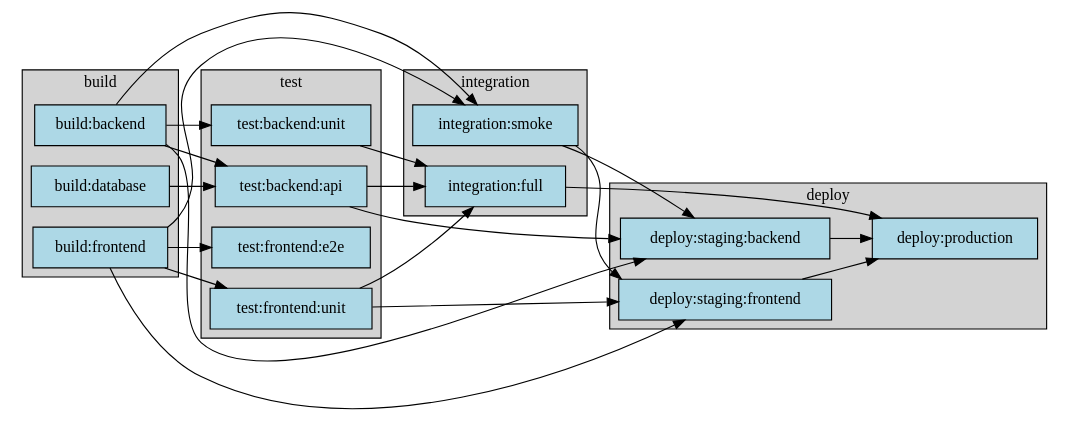
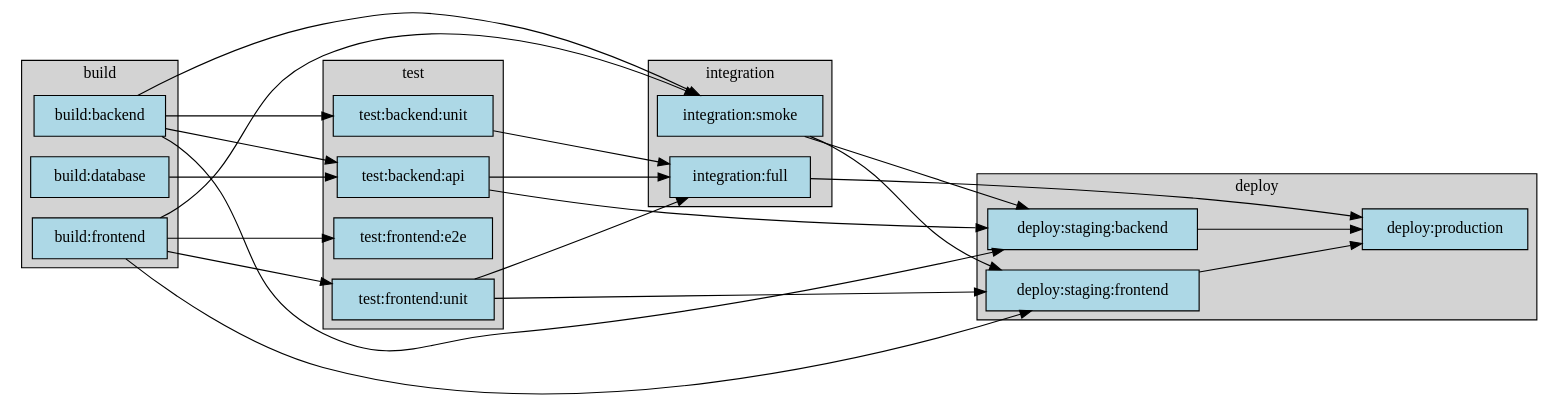
One commit to eisbaw/gitlab_local_ci changed the diagram in test_ci_projects/proj4.output_reference/dag.dot. Above: the diagram before and after it, drawn with Graphviz. The commit also changed 58 other files, not shown here.

```diff
--- a/test_ci_projects/proj4.output_reference/dag.dot
+++ b/test_ci_projects/proj4.output_reference/dag.dot
@@ -1,64 +1,65 @@
 digraph pipeline {
   rankdir="LR";
+  ranksep=2;
   node [shape=box, style=filled, fillcolor=lightblue];
 
   subgraph cluster_build {
     label="build";
     style=filled;
     fillcolor=lightgrey;
 
-    build_frontend [label="build:frontend"];
-    build_backend [label="build:backend"];
-    build_database [label="build:database"];
+    build_frontend [label="build:frontend", tooltip="---\nstage: build\nscript:\n- echo \"Building frontend...\"\n- sleep 2\n- echo \"Frontend build complete\"\nartifacts:\n  paths:\n  - dist/frontend/\n  expire_in: 1 hour\n"];
+    build_backend [label="build:backend", tooltip="---\nstage: build\nscript:\n- echo \"Building backend...\"\n- sleep 2\n- echo \"Backend build complete\"\nartifacts:\n  paths:\n  - dist/backend/\n  expire_in: 1 hour\n"];
+    build_database [label="build:database", tooltip="---\nstage: build\nscript:\n- echo \"Building database migrations...\"\n- sleep 1\n- echo \"Database migrations ready\"\nartifacts:\n  paths:\n  - dist/migrations/\n  expire_in: 1 hour\n"];
   }
 
   subgraph cluster_test {
     label="test";
     style=filled;
     fillcolor=lightgrey;
 
-    test_frontend_unit [label="test:frontend:unit"];
-    test_frontend_e2e [label="test:frontend:e2e"];
-    test_backend_unit [label="test:backend:unit"];
-    test_backend_api [label="test:backend:api"];
+    test_frontend_unit [label="test:frontend:unit", tooltip="---\nstage: test\nneeds:\n- build:frontend\nscript:\n- echo \"Running frontend unit tests...\"\n- sleep 2\n- echo \"Frontend tests passed\"\n"];
+    test_frontend_e2e [label="test:frontend:e2e", tooltip="---\nstage: test\nneeds:\n- build:frontend\nscript:\n- echo \"Running frontend E2E tests...\"\n- sleep 3\n- echo \"Frontend E2E tests passed\"\n"];
+    test_backend_unit [label="test:backend:unit", tooltip="---\nstage: test\nneeds:\n- build:backend\nscript:\n- echo \"Running backend unit tests...\"\n- sleep 2\n- echo \"Backend tests passed\"\n"];
+    test_backend_api [label="test:backend:api", tooltip="---\nstage: test\nneeds:\n- build:backend\n- build:database\nscript:\n- echo \"Running backend API tests with database...\"\n- sleep 3\n- echo \"API tests passed\"\n"];
   }
 
   subgraph cluster_integration {
     label="integration";
     style=filled;
     fillcolor=lightgrey;
 
-    integration_smoke [label="integration:smoke"];
-    integration_full [label="integration:full"];
+    integration_smoke [label="integration:smoke", tooltip="---\nstage: integration\nneeds:\n- build:frontend\n- build:backend\nscript:\n- echo \"Running smoke tests...\"\n- sleep 2\n- echo \"Smoke tests passed\"\n"];
+    integration_full [label="integration:full", tooltip="---\nstage: integration\nneeds:\n- test:frontend:unit\n- test:backend:unit\n- test:backend:api\nscript:\n- echo \"Running full integration tests...\"\n- sleep 4\n- echo \"Integration tests passed\"\n"];
   }
 
   subgraph cluster_deploy {
     label="deploy";
     style=filled;
     fillcolor=lightgrey;
 
-    deploy_staging_frontend [label="deploy:staging:frontend"];
-    deploy_staging_backend [label="deploy:staging:backend"];
-    deploy_production [label="deploy:production"];
+    deploy_staging_frontend [label="deploy:staging:frontend", tooltip="---\nstage: deploy\nneeds:\n- build:frontend\n- test:frontend:unit\n- integration:smoke\nscript:\n- echo \"Deploying frontend to staging...\"\n- sleep 2\n- echo \"Frontend deployed to staging\"\nenvironment:\n  name: staging/frontend\n"];
+    deploy_staging_backend [label="deploy:staging:backend", tooltip="---\nstage: deploy\nneeds:\n- build:backend\n- test:backend:api\n- integration:smoke\nscript:\n- echo \"Deploying backend to staging...\"\n- sleep 2\n- echo \"Backend deployed to staging\"\nenvironment:\n  name: staging/backend\n"];
+    deploy_production [label="deploy:production", tooltip="---\nstage: deploy\nneeds:\n- integration:full\n- deploy:staging:frontend\n- deploy:staging:backend\nscript:\n- echo \"Deploying to production...\"\n- sleep 3\n- echo \"Deployed to production\"\nenvironment:\n  name: production\nwhen: manual\n"];
   }
 
   build_frontend -> test_frontend_unit;
   build_frontend -> test_frontend_e2e;
   build_backend -> test_backend_unit;
   build_backend -> test_backend_api;
   build_database -> test_backend_api;
   build_frontend -> integration_smoke;
   build_backend -> integration_smoke;
   test_frontend_unit -> integration_full;
   test_backend_unit -> integration_full;
   test_backend_api -> integration_full;
   build_frontend -> deploy_staging_frontend;
   test_frontend_unit -> deploy_staging_frontend;
   integration_smoke -> deploy_staging_frontend;
   build_backend -> deploy_staging_backend;
   test_backend_api -> deploy_staging_backend;
   integration_smoke -> deploy_staging_backend;
   integration_full -> deploy_production;
   deploy_staging_frontend -> deploy_production;
   deploy_staging_backend -> deploy_production;
 }
```
